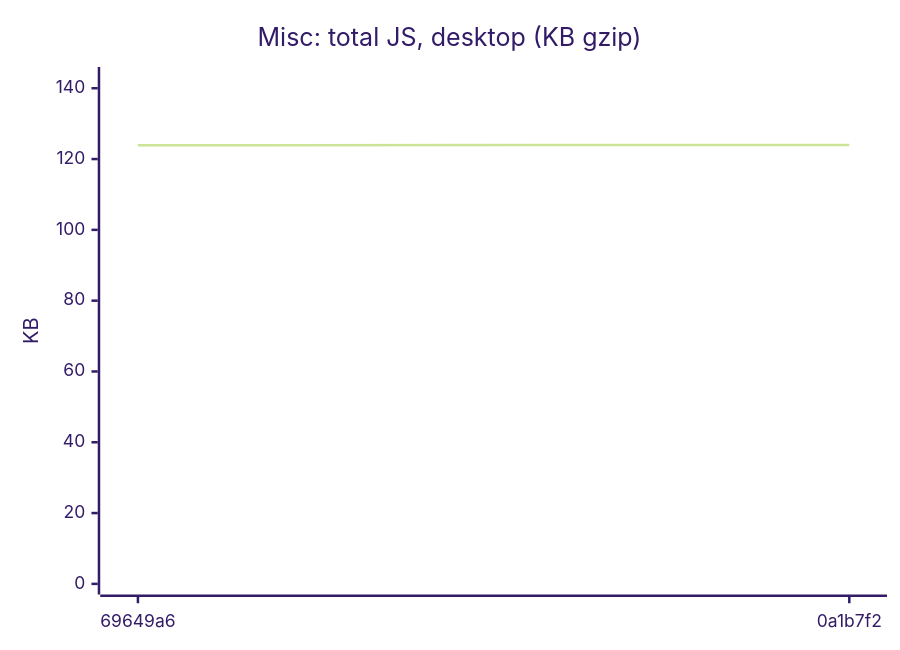
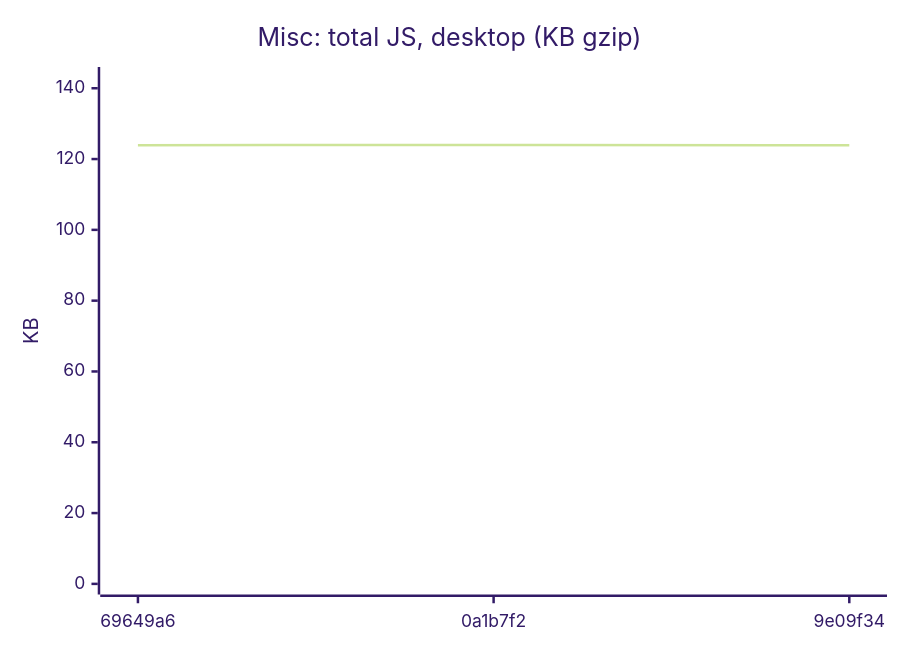
The seventh of 18 diagrams in README.md (AxelUser/maltsev.space), drawn with Mermaid (forest theme) before and after one commit. The commit also changed other lines of this file and 1 other file, not shown here.

````diff
--- a/README.md
+++ b/README.md
@@ -89,7 +89,7 @@
 ```mermaid
 xychart-beta
   title "Misc: total JS, desktop (KB gzip)"
-  x-axis ["69649a6", "0a1b7f2"]
+  x-axis ["69649a6", "0a1b7f2", "9e09f34"]
   y-axis "KB" 0 --> 143
-  line [123.9, 124]
+  line [123.9, 124, 123.9]
 ```
````
